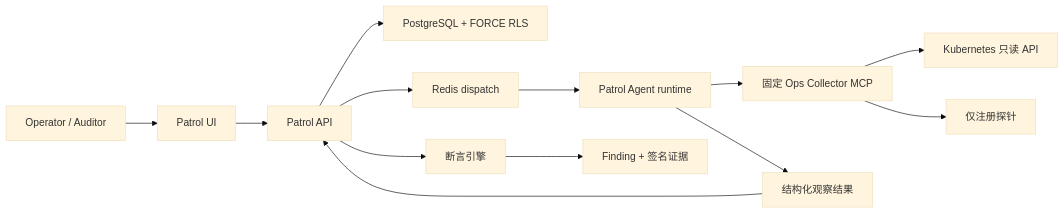
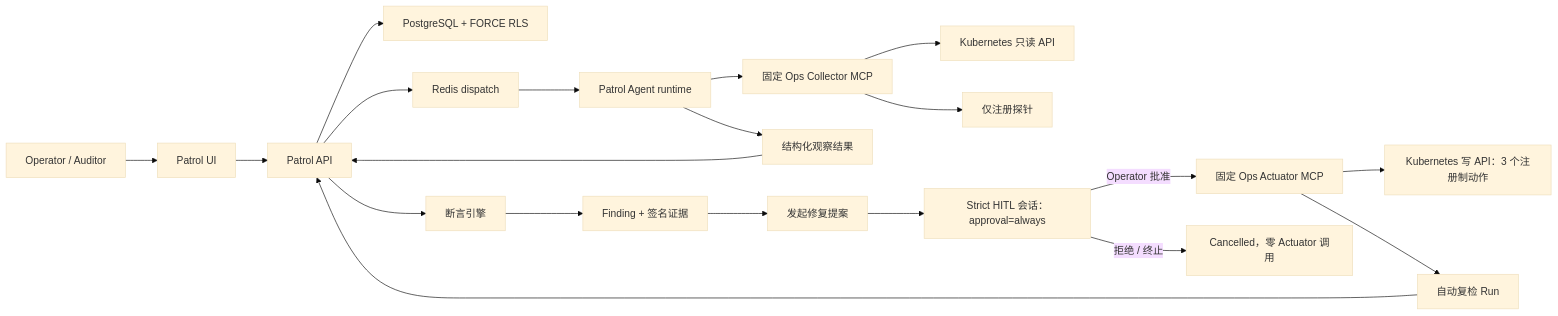
Before and after one commit to OceaLong/opencitadel: the first of 4 diagrams in docs/architecture/ops-patrol.zh-CN.md, drawn with Mermaid (base theme). The commit also changed other lines of this file and 375 other files, not shown here.

````diff
--- a/docs/architecture/ops-patrol.zh-CN.md
+++ b/docs/architecture/ops-patrol.zh-CN.md
@@ -9,15 +9,22 @@
 ```mermaid
 flowchart LR
   User["Operator / Auditor"] --> UI["Patrol UI"]
   UI --> API["Patrol API"]
   API --> DB["PostgreSQL + FORCE RLS"]
   API --> Redis["Redis dispatch"]
   Redis --> Worker["Patrol Agent runtime"]
   Worker --> MCP["固定 Ops Collector MCP"]
   MCP --> K8s["Kubernetes 只读 API"]
   MCP --> Targets["仅注册探针"]
   Worker --> Submit["结构化观察结果"]
   Submit --> API
   API --> Assert["断言引擎"]
   Assert --> Evidence["Finding + 签名证据"]
+  Evidence --> Remediate["发起修复提案"]
+  Remediate --> Gate["Strict HITL 会话：approval=always"]
+  Gate -->|Operator 批准| Actuator["固定 Ops Actuator MCP"]
+  Gate -->|拒绝 / 终止| Cancelled["Cancelled，零 Actuator 调用"]
+  Actuator --> K8sWrite["Kubernetes 写 API：3 个注册制动作"]
+  Actuator --> Recheck["自动复检 Run"]
+  Recheck --> API
 ```
````
